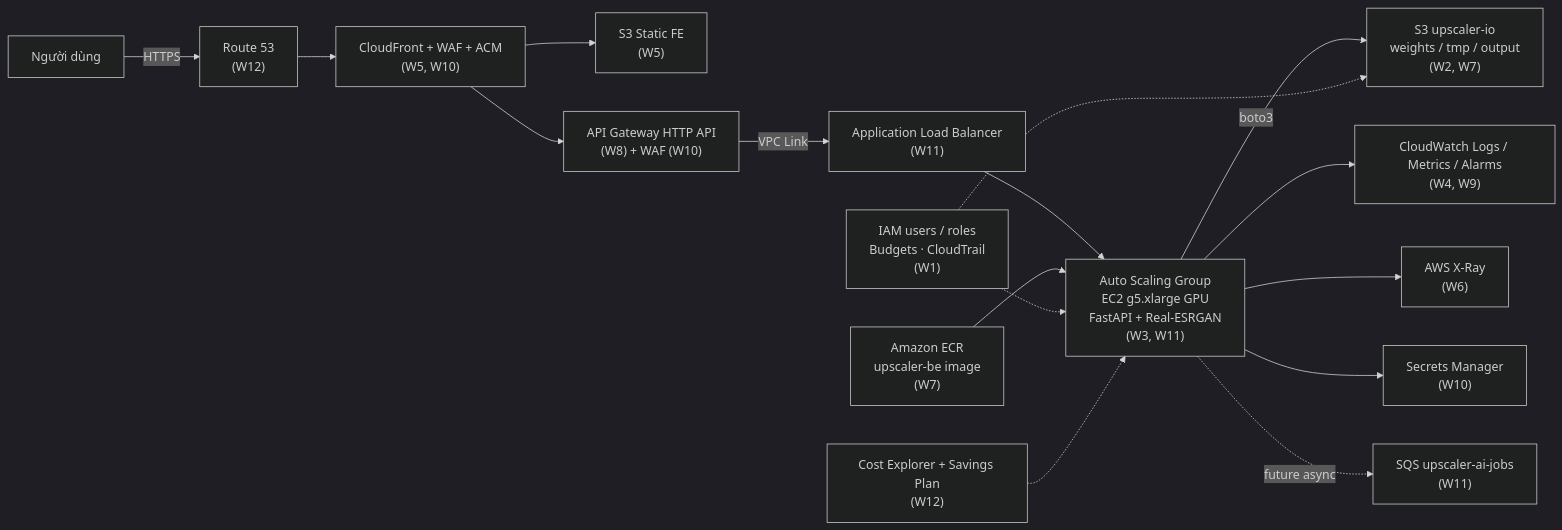
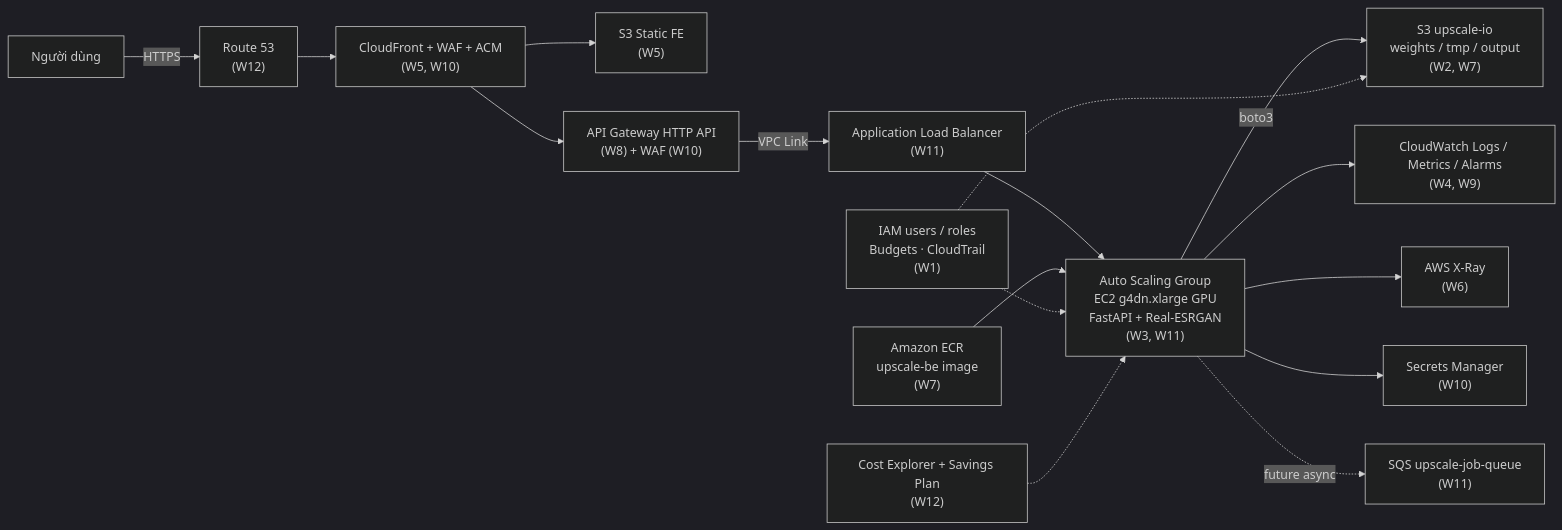
Before and after one commit to vuong20031591-hub/eam-workshop-report-2b7838cb: the diagram in public/workshop-static/images/1-Worklog/aws-architecture.mmd, drawn with Mermaid (dark theme).

```diff
--- a/public/workshop-static/images/1-Worklog/aws-architecture.mmd
+++ b/public/workshop-static/images/1-Worklog/aws-architecture.mmd
@@ -1,16 +1,16 @@
 flowchart LR
   U["Người dùng"] -->|HTTPS| R53["Route 53<br/>(W12)"]
   R53 --> CF["CloudFront + WAF + ACM<br/>(W5, W10)"]
   CF --> S3FE["S3 Static FE<br/>(W5)"]
   CF --> APIGW["API Gateway HTTP API<br/>(W8) + WAF (W10)"]
   APIGW -->|VPC Link| ALB["Application Load Balancer<br/>(W11)"]
-  ALB --> ASG["Auto Scaling Group<br/>EC2 g5.xlarge GPU<br/>FastAPI + Real-ESRGAN<br/>(W3, W11)"]
-  ASG -->|boto3| S3IO["S3 upscaler-io<br/>weights / tmp / output<br/>(W2, W7)"]
+  ALB --> ASG["Auto Scaling Group<br/>EC2 g4dn.xlarge GPU<br/>FastAPI + Real-ESRGAN<br/>(W3, W11)"]
+  ASG -->|boto3| S3IO["S3 upscale-io<br/>weights / tmp / output<br/>(W2, W7)"]
   ASG --> CWL["CloudWatch Logs / Metrics / Alarms<br/>(W4, W9)"]
   ASG --> XRAY["AWS X-Ray<br/>(W6)"]
   ASG --> SM["Secrets Manager<br/>(W10)"]
-  ASG -.->|future async| SQS["SQS upscaler-ai-jobs<br/>(W11)"]
-  ECR["Amazon ECR<br/>upscaler-be image<br/>(W7)"] --> ASG
+  ASG -.->|future async| SQS["SQS upscale-job-queue<br/>(W11)"]
+  ECR["Amazon ECR<br/>upscale-be image<br/>(W7)"] --> ASG
   IAM["IAM users / roles<br/>Budgets · CloudTrail<br/>(W1)"] -.-> ASG
   IAM -.-> S3IO
   CE["Cost Explorer + Savings Plan<br/>(W12)"] -.-> ASG
```
